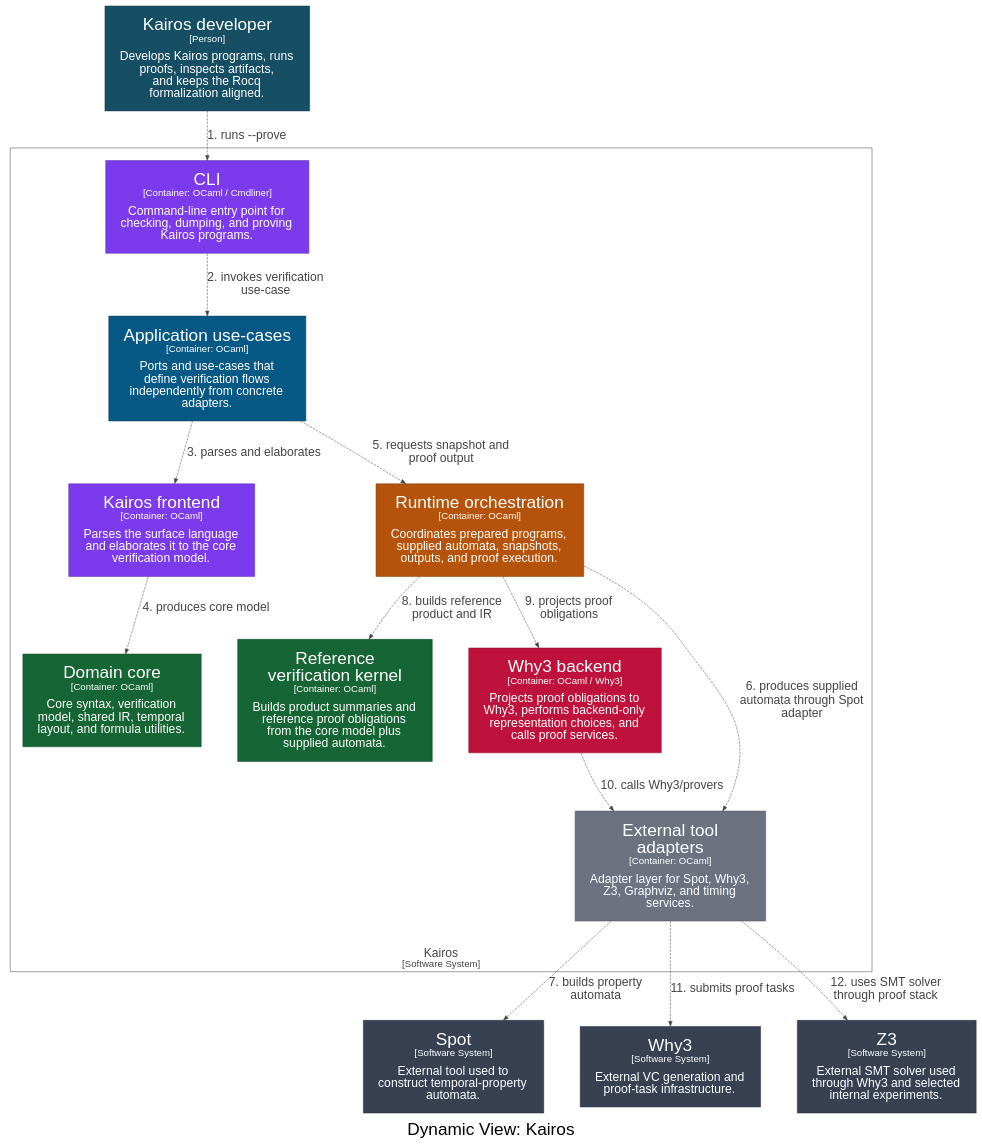
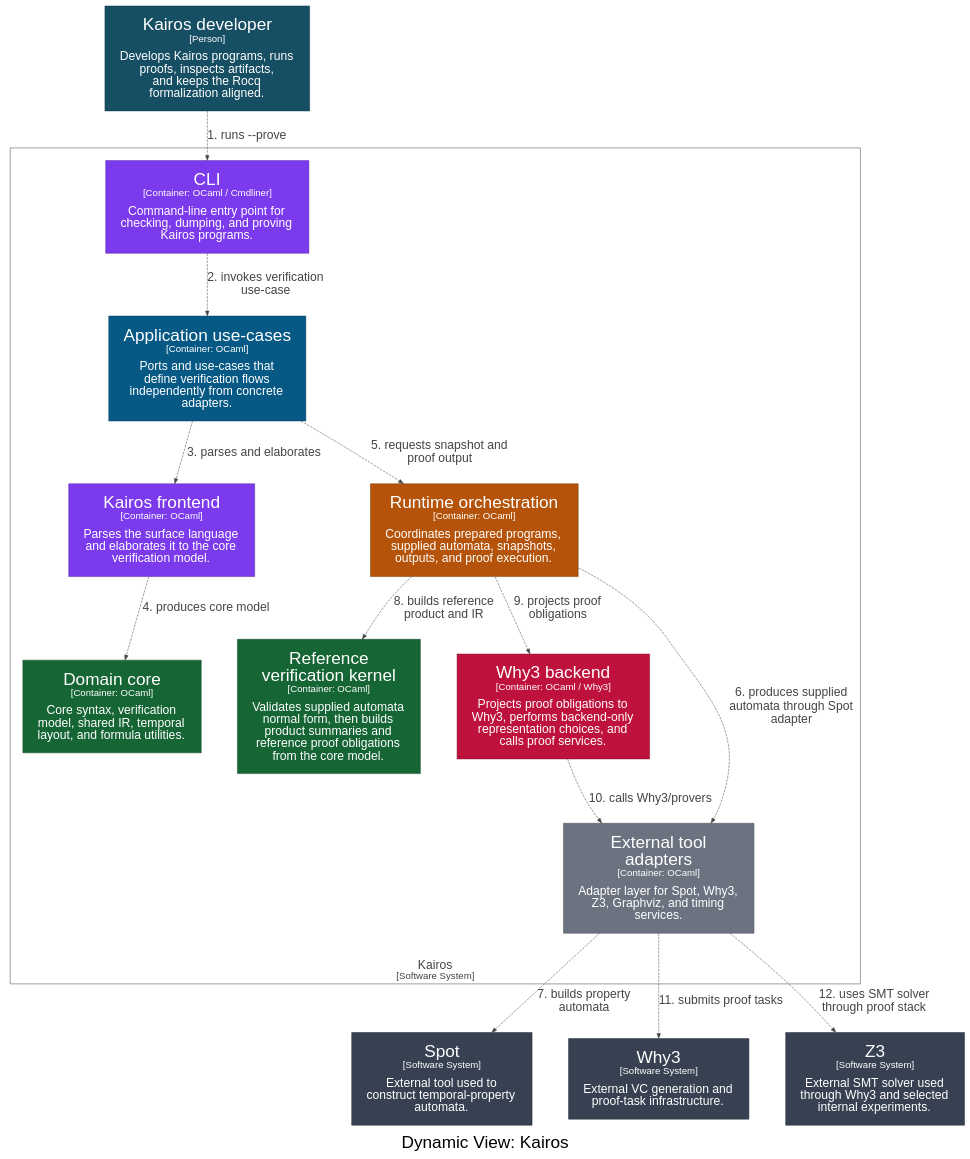
The diagram in docs/architecture/structurizr/export/dot/structurizr-kairos-prove-flow.dot (DabrowskiFr/Kairos), drawn with Graphviz before and after one commit. The commit also changed 174 other files, not shown here.

Commit message:
Consolidate verification architecture cleanup

```diff
--- a/docs/architecture/structurizr/export/dot/structurizr-kairos-prove-flow.dot
+++ b/docs/architecture/structurizr/export/dot/structurizr-kairos-prove-flow.dot
@@ -1,44 +1,44 @@
 digraph {
   compound=true
   graph [fontname="Arial", rankdir=TB, ranksep=1.0, nodesep=1.0]
   node [fontname="Arial", shape=box, margin="0.4,0.3"]
   edge [fontname="Arial"]
   label=<<br /><font point-size="34">Dynamic View: Kairos</font>>
 
   subgraph cluster_7 {
     margin=25
     label=<<font point-size="24"><br />Kairos</font><br /><font point-size="19">[Software System]</font>>
     labelloc=b
     color="#444444"
     fontcolor="#444444"
     fillcolor="#444444"
 
     10 [id=10,shape=rect, label=<<font point-size="34">Kairos frontend</font><br /><font point-size="19">[Container: OCaml]</font><br /><br /><font point-size="24">Parses the surface language<br />and elaborates it to the core<br />verification model.</font>>, style=filled, color="#5628a5", fillcolor="#7c3aed", fontcolor="#ffffff"]
     11 [id=11,shape=rect, label=<<font point-size="34">Application use-cases</font><br /><font point-size="19">[Container: OCaml]</font><br /><br /><font point-size="24">Ports and use-cases that<br />define verification flows<br />independently from concrete<br />adapters.</font>>, style=filled, color="#043e5d", fillcolor="#075985", fontcolor="#ffffff"]
     12 [id=12,shape=rect, label=<<font point-size="34">Domain core</font><br /><font point-size="19">[Container: OCaml]</font><br /><br /><font point-size="24">Core syntax, verification<br />model, shared IR, temporal<br />layout, and formula utilities.</font>>, style=filled, color="#0f4624", fillcolor="#166534", fontcolor="#ffffff"]
-    13 [id=13,shape=rect, label=<<font point-size="34">Reference<br />verification kernel</font><br /><font point-size="19">[Container: OCaml]</font><br /><br /><font point-size="24">Builds product summaries and<br />reference proof obligations<br />from the core model plus<br />supplied automata.</font>>, style=filled, color="#0f4624", fillcolor="#166534", fontcolor="#ffffff"]
+    13 [id=13,shape=rect, label=<<font point-size="34">Reference<br />verification kernel</font><br /><font point-size="19">[Container: OCaml]</font><br /><br /><font point-size="24">Validates supplied automata<br />normal form, then builds<br />product summaries and<br />reference proof obligations<br />from the core model.</font>>, style=filled, color="#0f4624", fillcolor="#166534", fontcolor="#ffffff"]
     21 [id=21,shape=rect, label=<<font point-size="34">Runtime orchestration</font><br /><font point-size="19">[Container: OCaml]</font><br /><br /><font point-size="24">Coordinates prepared programs,<br />supplied automata, snapshots,<br />outputs, and proof execution.</font>>, style=filled, color="#7d3a06", fillcolor="#b45309", fontcolor="#ffffff"]
     27 [id=27,shape=rect, label=<<font point-size="34">Why3 backend</font><br /><font point-size="19">[Container: OCaml / Why3]</font><br /><br /><font point-size="24">Projects proof obligations to<br />Why3, performs backend-only<br />representation choices, and<br />calls proof services.</font>>, style=filled, color="#850c2a", fillcolor="#be123c", fontcolor="#ffffff"]
     29 [id=29,shape=rect, label=<<font point-size="34">External tool<br />adapters</font><br /><font point-size="19">[Container: OCaml]</font><br /><br /><font point-size="24">Adapter layer for Spot, Why3,<br />Z3, Graphviz, and timing<br />services.</font>>, style=filled, color="#4a4f59", fillcolor="#6b7280", fontcolor="#ffffff"]
     8 [id=8,shape=rect, label=<<font point-size="34">CLI</font><br /><font point-size="19">[Container: OCaml / Cmdliner]</font><br /><br /><font point-size="24">Command-line entry point for<br />checking, dumping, and proving<br />Kairos programs.</font>>, style=filled, color="#5628a5", fillcolor="#7c3aed", fontcolor="#ffffff"]
   }
 
   1 [id=1,shape=rect, label=<<font point-size="34">Kairos developer</font><br /><font point-size="19">[Person]</font><br /><br /><font point-size="24">Develops Kairos programs, runs<br />proofs, inspects artifacts,<br />and keeps the Rocq<br />formalization aligned.</font>>, style=filled, color="#0f3645", fillcolor="#164e63", fontcolor="#ffffff"]
   3 [id=3,shape=rect, label=<<font point-size="34">Spot</font><br /><font point-size="19">[Software System]</font><br /><br /><font point-size="24">External tool used to<br />construct temporal-property<br />automata.</font>>, style=filled, color="#262d38", fillcolor="#374151", fontcolor="#ffffff"]
   4 [id=4,shape=rect, label=<<font point-size="34">Why3</font><br /><font point-size="19">[Software System]</font><br /><br /><font point-size="24">External VC generation and<br />proof-task infrastructure.</font>>, style=filled, color="#262d38", fillcolor="#374151", fontcolor="#ffffff"]
   5 [id=5,shape=rect, label=<<font point-size="34">Z3</font><br /><font point-size="19">[Software System]</font><br /><br /><font point-size="24">External SMT solver used<br />through Why3 and selected<br />internal experiments.</font>>, style=filled, color="#262d38", fillcolor="#374151", fontcolor="#ffffff"]
 
   1 -> 8 [id=30, label=<<font point-size="24">1. runs --prove</font>>, style="dashed", color="#444444", fontcolor="#444444"]
   8 -> 11 [id=33, label=<<font point-size="24">2. invokes verification<br />use-case</font>>, style="dashed", color="#444444", fontcolor="#444444"]
   11 -> 10 [id=35, label=<<font point-size="24">3. parses and elaborates</font>>, style="dashed", color="#444444", fontcolor="#444444"]
   10 -> 12 [id=37, label=<<font point-size="24">4. produces core model</font>>, style="dashed", color="#444444", fontcolor="#444444"]
   11 -> 21 [id=36, label=<<font point-size="24">5. requests snapshot and<br />proof output</font>>, style="dashed", color="#444444", fontcolor="#444444"]
   21 -> 29 [id=43, label=<<font point-size="24">6. produces supplied<br />automata through Spot<br />adapter</font>>, style="dashed", color="#444444", fontcolor="#444444"]
   29 -> 3 [id=52, label=<<font point-size="24">7. builds property<br />automata</font>>, style="dashed", color="#444444", fontcolor="#444444"]
   21 -> 13 [id=39, label=<<font point-size="24">8. builds reference<br />product and IR</font>>, style="dashed", color="#444444", fontcolor="#444444"]
   21 -> 27 [id=42, label=<<font point-size="24">9. projects proof<br />obligations</font>>, style="dashed", color="#444444", fontcolor="#444444"]
   27 -> 29 [id=49, label=<<font point-size="24">10. calls Why3/provers</font>>, style="dashed", color="#444444", fontcolor="#444444"]
   29 -> 4 [id=54, label=<<font point-size="24">11. submits proof tasks</font>>, style="dashed", color="#444444", fontcolor="#444444"]
   29 -> 5 [id=56, label=<<font point-size="24">12. uses SMT solver<br />through proof stack</font>>, style="dashed", color="#444444", fontcolor="#444444"]
 
 }
```
